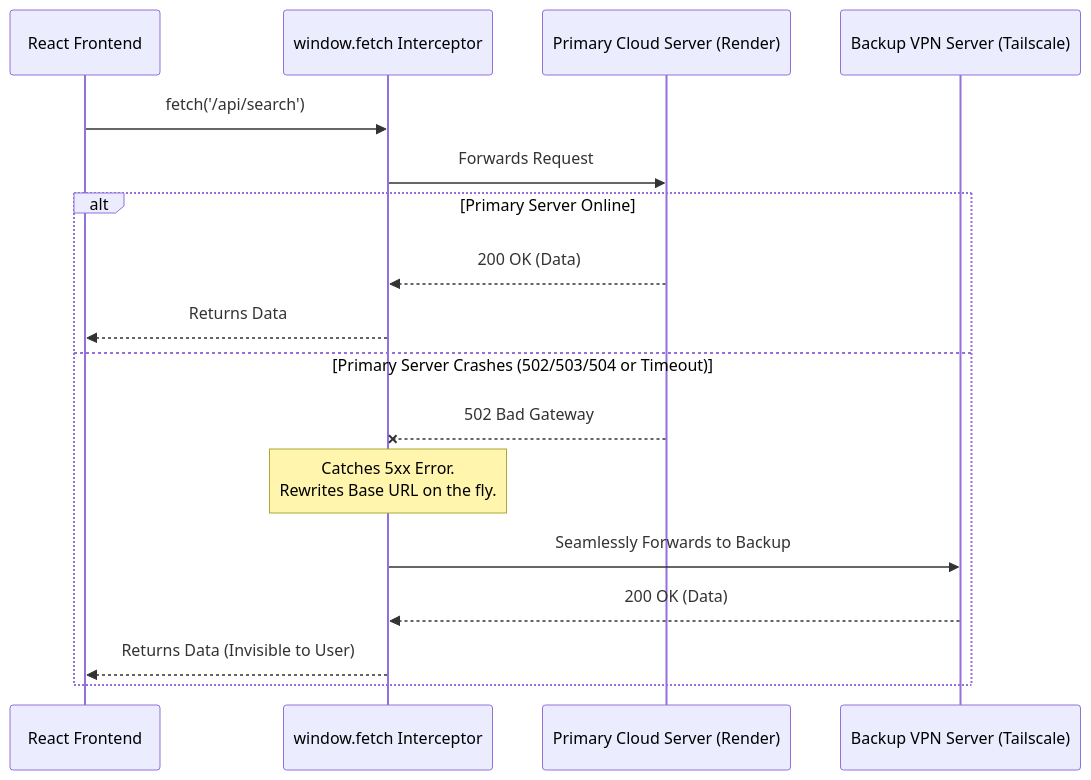
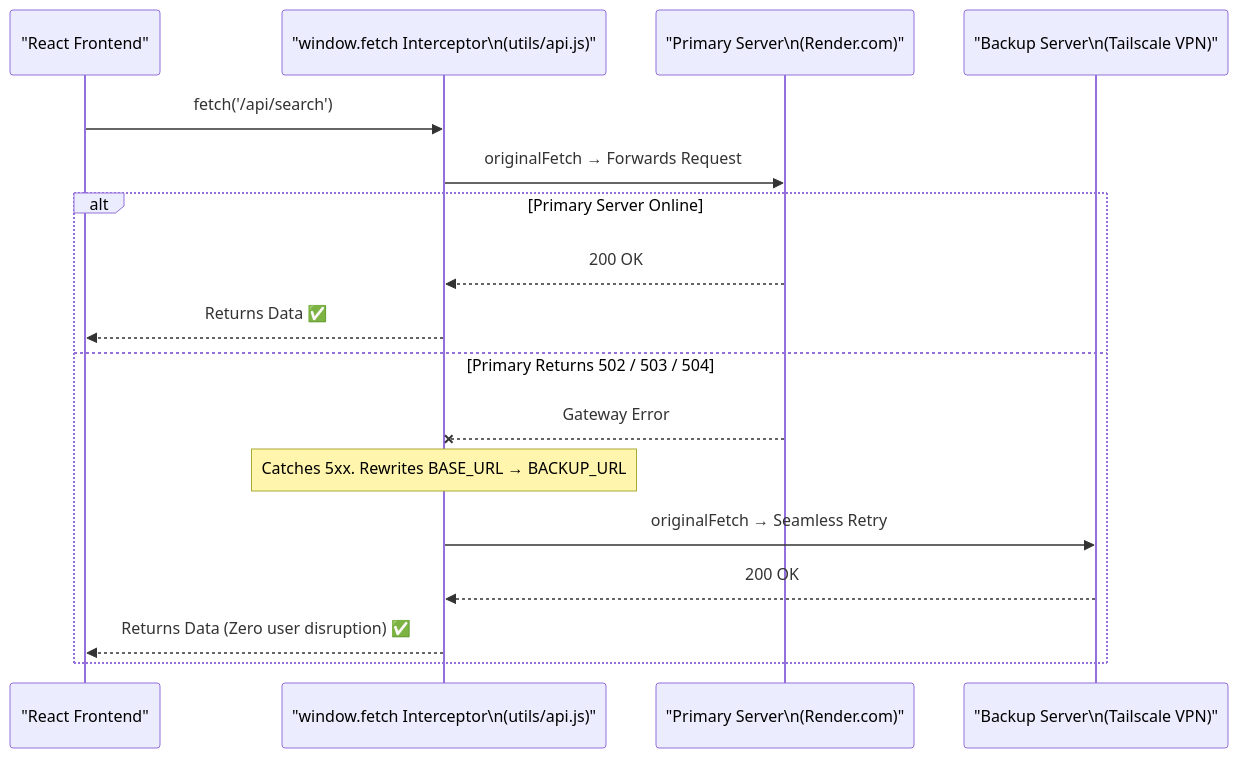
One commit to CodeWithPritom/ScholarHub-frontend changed the third of 11 diagrams in SYSTEM_ARCHITECTURE_DEEP_DIVE.md. Above: the diagram before and after it, drawn with Mermaid. The commit also changed other lines of this file and 11 other files, not shown here.

````diff
--- a/SYSTEM_ARCHITECTURE_DEEP_DIVE.md
+++ b/SYSTEM_ARCHITECTURE_DEEP_DIVE.md
@@ -83,21 +97,21 @@
 ```mermaid
 sequenceDiagram
-    participant ReactClient as React Frontend
-    participant Interceptor as window.fetch Interceptor
-    participant Primary as Primary Cloud Server (Render)
-    participant Backup as Backup VPN Server (Tailscale)
+    participant ReactClient as "React Frontend"
+    participant Interceptor as "window.fetch Interceptor\n(utils/api.js)"
+    participant Primary as "Primary Server\n(Render.com)"
+    participant Backup as "Backup Server\n(Tailscale VPN)"
 
     ReactClient->>Interceptor: fetch('/api/search')
-    Interceptor->>Primary: Forwards Request
-    
+    Interceptor->>Primary: originalFetch → Forwards Request
+
     alt Primary Server Online
-        Primary-->>Interceptor: 200 OK (Data)
-        Interceptor-->>ReactClient: Returns Data
-    else Primary Server Crashes (502/503/504 or Timeout)
-        Primary--XInterceptor: 502 Bad Gateway
-        Note over Interceptor: Catches 5xx Error.<br/>Rewrites Base URL on the fly.
-        Interceptor->>Backup: Seamlessly Forwards to Backup
-        Backup-->>Interceptor: 200 OK (Data)
-        Interceptor-->>ReactClient: Returns Data (Invisible to User)
+        Primary-->>Interceptor: 200 OK
+        Interceptor-->>ReactClient: Returns Data ✅
+    else Primary Returns 502 / 503 / 504
+        Primary--XInterceptor: Gateway Error
+        Note over Interceptor: Catches 5xx. Rewrites BASE_URL → BACKUP_URL
+        Interceptor->>Backup: originalFetch → Seamless Retry
+        Backup-->>Interceptor: 200 OK
+        Interceptor-->>ReactClient: Returns Data (Zero user disruption) ✅
     end
 ```
````
